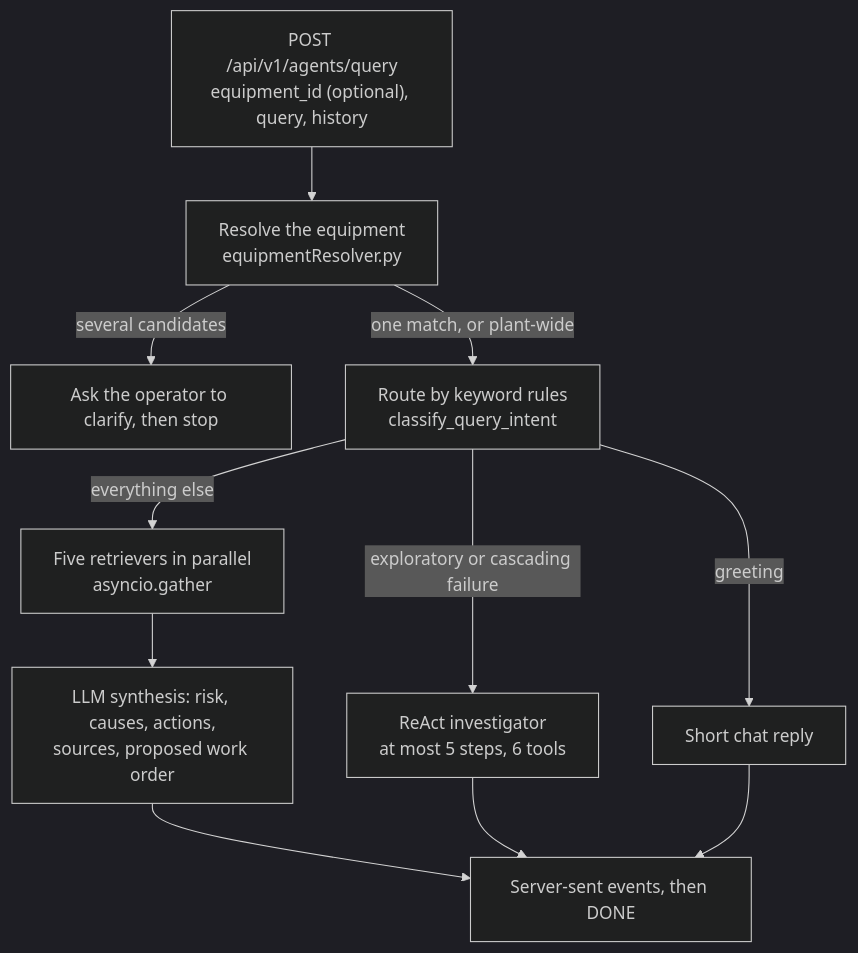
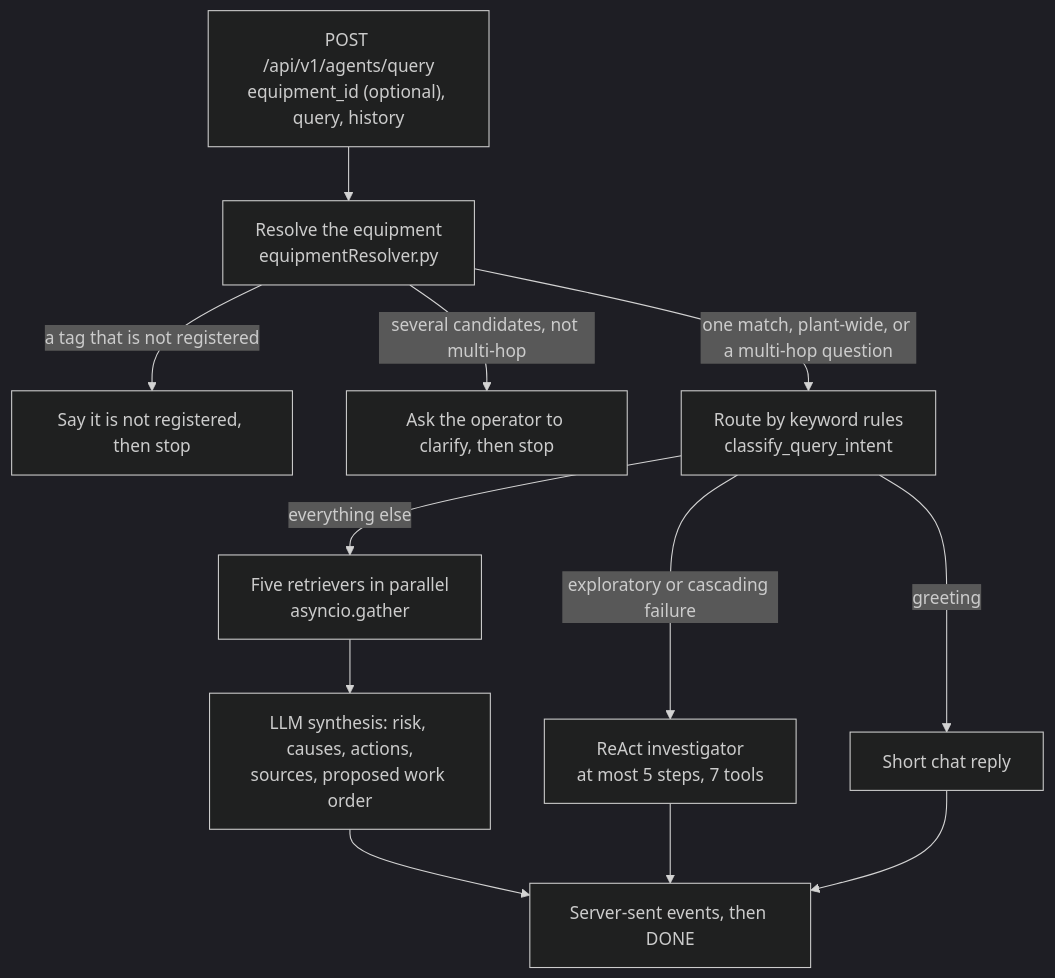
One commit to Galaxus21/epic-industrial-intelligence changed the first of 2 diagrams in README.md. Above: the diagram before and after it, drawn with Mermaid (dark theme). The commit also changed other lines of this file, not shown here.

````diff
--- a/README.md
+++ b/README.md
@@ -26,13 +115,14 @@
 ```mermaid
 flowchart TD
     Q["POST /api/v1/agents/query<br/>equipment_id (optional), query, history"] --> R["Resolve the equipment<br/>equipmentResolver.py"]
-    R -->|"several candidates"| C["Ask the operator to clarify, then stop"]
-    R -->|"one match, or plant-wide"| K["Route by keyword rules<br/>classify_query_intent"]
+    R -->|"a tag that is not registered"| N["Say it is not registered, then stop"]
+    R -->|"several candidates, not multi-hop"| C["Ask the operator to clarify, then stop"]
+    R -->|"one match, plant-wide, or a multi-hop question"| K["Route by keyword rules<br/>classify_query_intent"]
     K -->|"greeting"| T["Short chat reply"]
-    K -->|"exploratory or cascading failure"| A["ReAct investigator<br/>at most 5 steps, 6 tools"]
+    K -->|"exploratory or cascading failure"| A["ReAct investigator<br/>at most 5 steps, 7 tools"]
     K -->|"everything else"| F["Five retrievers in parallel<br/>asyncio.gather"]
     F --> S["LLM synthesis: risk, causes, actions,<br/>sources, proposed work order"]
     S --> O["Server-sent events, then DONE"]
     A --> O
     T --> O
 ```
````
